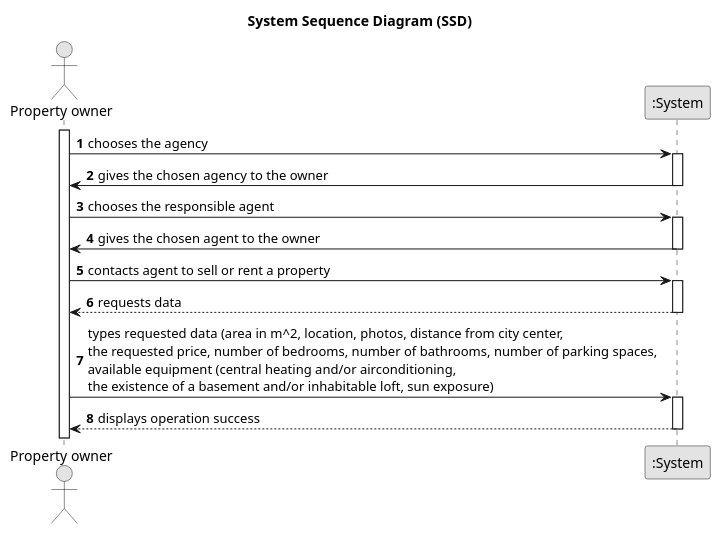
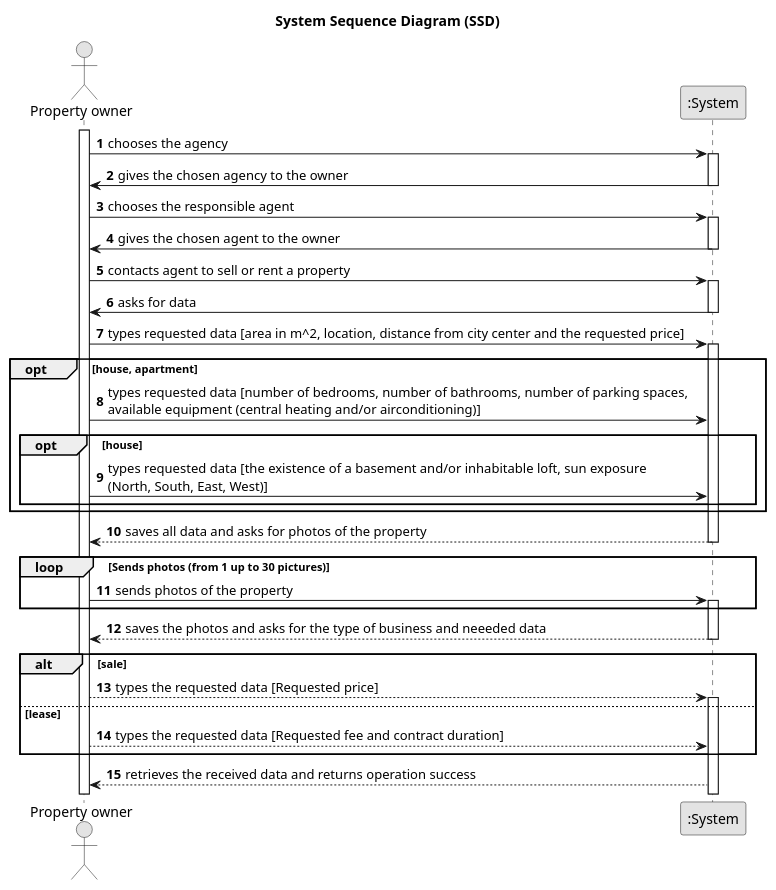
One commit to PureNimble/ISEP-LAPR2 changed the diagram in docs/sprintB/US04/01.requirements-engineering/puml/us04-system-sequence-diagram-alternative-one.puml. Above: the diagram before and after it, drawn with PlantUML.

Commit message:
Updated US04 SSD after feedback for Sprint B

```diff
--- a/docs/sprintB/US04/01.requirements-engineering/puml/us04-system-sequence-diagram-alternative-one.puml
+++ b/docs/sprintB/US04/01.requirements-engineering/puml/us04-system-sequence-diagram-alternative-one.puml
@@ -1,39 +1,67 @@
 @startuml
 skinparam monochrome true
 skinparam packageStyle rectangle
 skinparam shadowing false
 
 title System Sequence Diagram (SSD)
 
 autonumber
 
 actor "Property owner" as Owner
 participant ":System" as sys
 
 activate Owner
 
     Owner -> sys : chooses the agency
     activate sys
 
     sys -> Owner : gives the chosen agency to the owner
     deactivate sys
 
     Owner -> sys : chooses the responsible agent
     activate sys
 
     sys -> Owner : gives the chosen agent to the owner
     deactivate sys
 
     Owner -> sys : contacts agent to sell or rent a property
     activate sys
 
-    sys --> Owner : requests data
+    sys -> Owner : asks for data
     deactivate sys
 
-    Owner -> sys :  types requested data (area in m^2, location, photos, distance from city center, \nthe requested price, number of bedrooms, number of bathrooms, number of parking spaces, \navailable equipment (central heating and/or airconditioning, \nthe existence of a basement and/or inhabitable loft, sun exposure)
+    Owner -> sys : types requested data [area in m^2, location, distance from city center and the requested price]
     activate sys
 
-    sys --> Owner : displays operation success
+    opt house, apartment
+        Owner -> sys : types requested data [number of bedrooms, number of bathrooms, number of parking spaces, \navailable equipment (central heating and/or airconditioning)]
+        opt house
+            Owner -> sys : types requested data [the existence of a basement and/or inhabitable loft, sun exposure \n(North, South, East, West)]
+        end
+    end
+
+    sys ---> Owner : saves all data and asks for photos of the property
     deactivate sys
 
+    loop Sends photos (from 1 up to 30 pictures)
+
+        Owner -> sys : sends photos of the property
+        activate sys
+
+    end
+
+    sys ---> Owner : saves the photos and asks for the type of business and neeeded data
+    deactivate sys
+
+    alt sale
+            Owner ---> sys : types the requested data [Requested price]
+            activate sys
+        
+        else lease
+
+            Owner ---> sys : types the requested data [Requested fee and contract duration]
+
+    end
+
+    sys --> Owner : retrieves the received data and returns operation success
 @enduml
```
